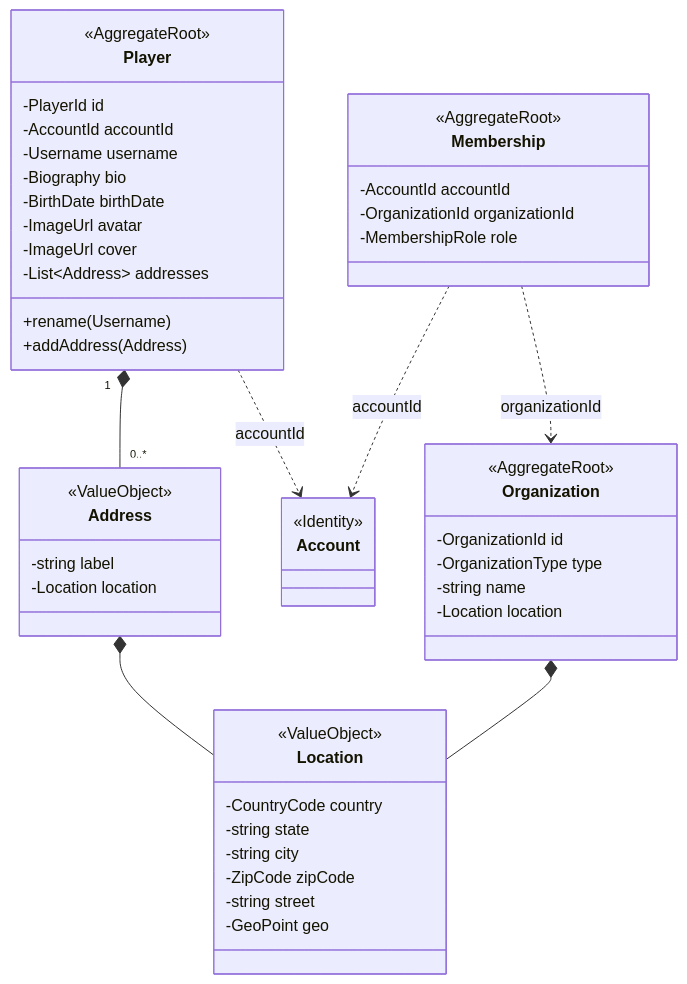
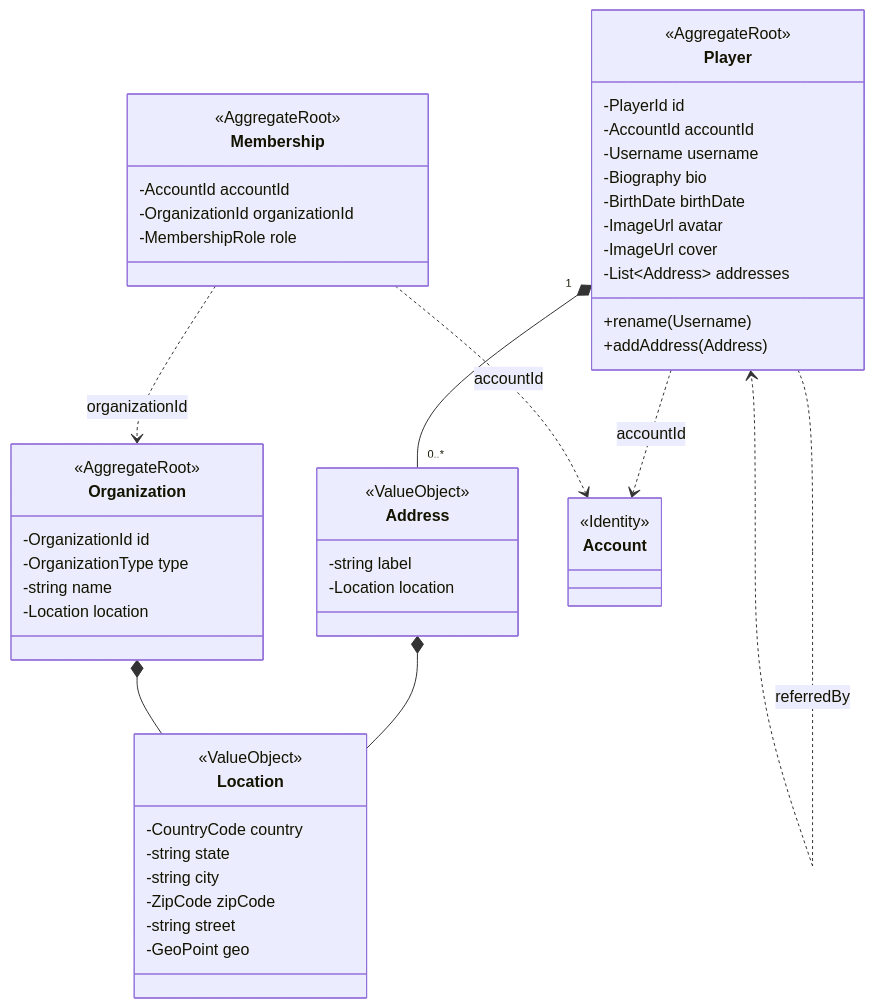
One commit to eharo-poisonus/new-wargames-api changed the diagram in documentation/domain_uml/community.md. Above: the diagram before and after it, drawn with Mermaid. The commit also changed 1 other file, not shown here.

Commit message:
domain uml

````diff
--- a/documentation/domain_uml/community.md
+++ b/documentation/domain_uml/community.md
@@ -5,53 +5,54 @@
 ```mermaid
 classDiagram
 direction TB
 class Player {
   <<AggregateRoot>>
   -PlayerId id
   -AccountId accountId
   -Username username
   -Biography bio
   -BirthDate birthDate
   -ImageUrl avatar
   -ImageUrl cover
   -List~Address~ addresses
   +rename(Username)
   +addAddress(Address)
 }
 class Organization {
   <<AggregateRoot>>
   -OrganizationId id
   -OrganizationType type
   -string name
   -Location location
 }
 class Membership {
   <<AggregateRoot>>
   -AccountId accountId
   -OrganizationId organizationId
   -MembershipRole role
 }
 class Address {
   <<ValueObject>>
   -string label
   -Location location
 }
 class Location {
   <<ValueObject>>
   -CountryCode country
   -string state
   -string city
   -ZipCode zipCode
   -string street
   -GeoPoint geo
 }
 class Account {
   <<Identity>>
 }
 Player "1" *-- "0..*" Address
 Address *-- Location
 Organization *-- Location
 Player ..> Account : accountId
 Membership ..> Account : accountId
 Membership ..> Organization : organizationId
+    Player ..> Player : referredBy
 ```
````
